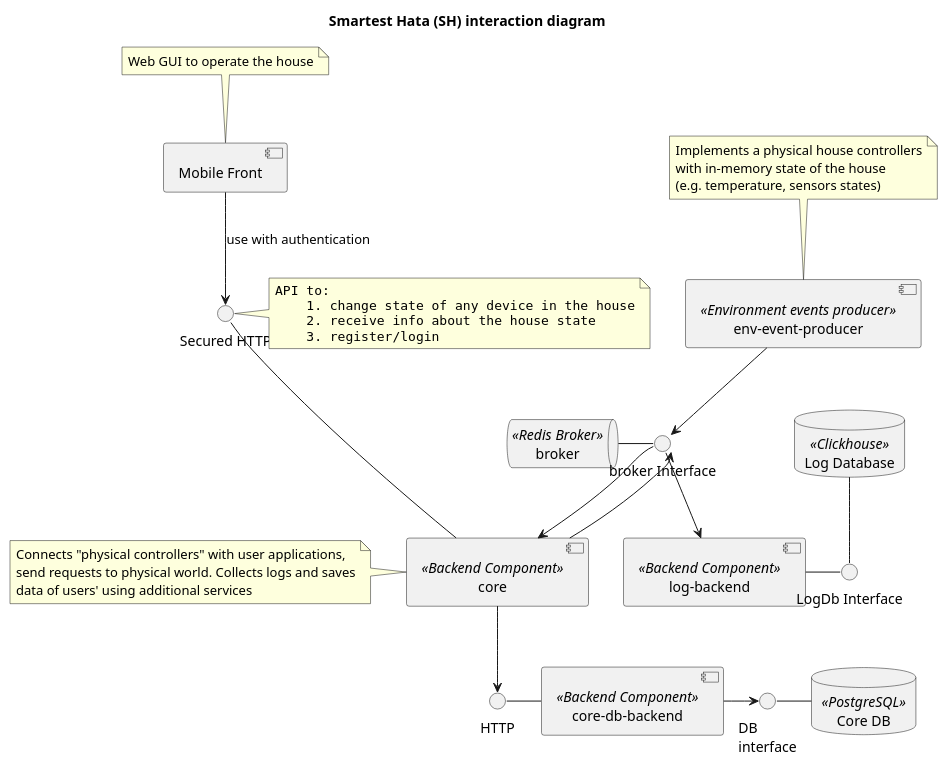
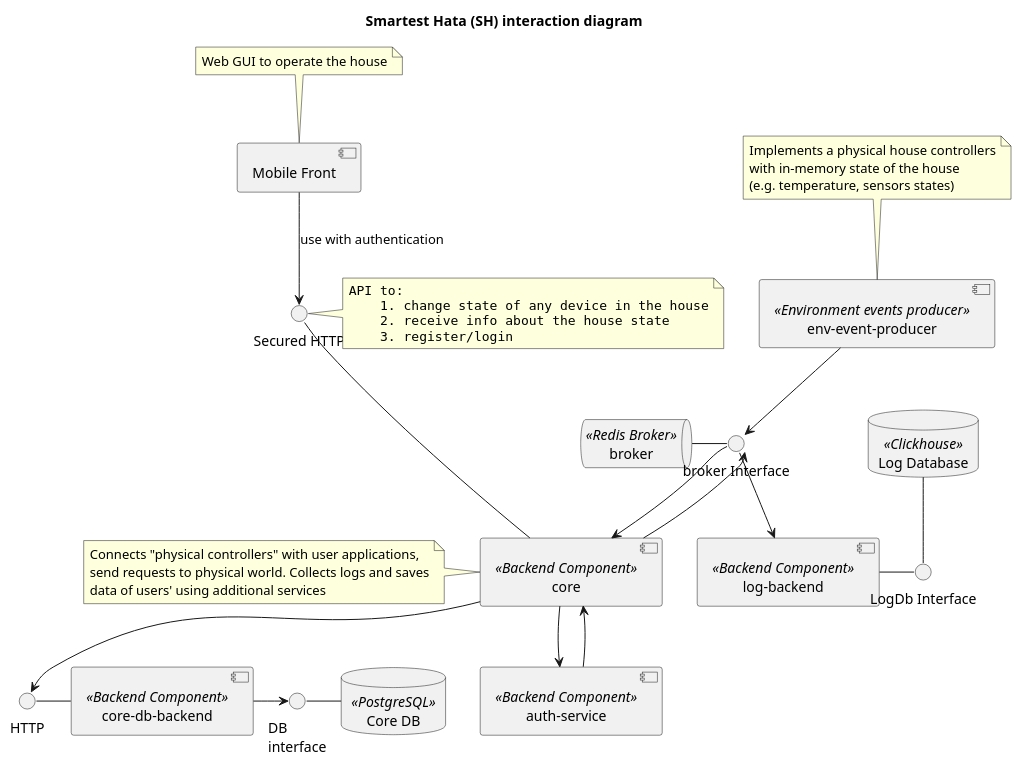
Before and after one commit to Busygind/smartest-dacha-macho-hata-house: the diagram in system-sequence-diagram.puml, drawn with PlantUML.

Commit message:
add auth service to diagram

```diff
--- a/system-sequence-diagram.puml
+++ b/system-sequence-diagram.puml
@@ -1,72 +1,78 @@
 @startuml
 title "Smartest Hata (SH) interaction diagram"
 
 
 component [core] as Core <<Backend Component>>
 note left
 Connects "physical controllers" with user applications,
 send requests to physical world. Collects logs and saves
 data of users' using additional services
 end note
 
 
 interface "Secured HTTP" as SecuredMobileBackendHttpInterface
 note left
 <code>
 API to:
     1. change state of any device in the house
     2. receive info about the house state
     3. register/login
 </code>
 end note
 
 SecuredMobileBackendHttpInterface --- Core
 
 database "Log Database" as LogDB <<Clickhouse>>
 interface "LogDb Interface" as LogDbInterface
 LogDB -- LogDbInterface
 
 component [log-backend] as LogBackend <<Backend Component>> {
 
 }
 LogBackend - LogDbInterface
 
+component [auth-service] as Auth <<Backend Component>> {
+
+}
+
 queue "broker" as SHBroker <<Redis Broker>>
 interface "broker Interface" as BrokerInterface
 
 SHBroker - BrokerInterface
 
 BrokerInterface <-- Core
 BrokerInterface --> LogBackend
 
 database "Core DB" as SHDB <<PostgreSQL>>
 interface "DB\ninterface" as SHDBInterface
 SHDBInterface - SHDB
 
 component [core-db-backend] as CoreDb <<Backend Component>> {
 
 }
+Core --> Auth
+Auth --> Core
 CoreDb -> SHDBInterface
 interface "HTTP" as DbBackendHttpInterface
 DbBackendHttpInterface - CoreDb
 Core --> DbBackendHttpInterface
 
 component [env-event-producer] as envEventProducer <<Environment events producer>>
 note top
 Implements a physical house controllers
 with in-memory state of the house
 (e.g. temperature, sensors states)
 end note
 
 
 envEventProducer --> BrokerInterface
 BrokerInterface -> Core
 
 component "Mobile Front" as mobileFront
 note top
 Web GUI to operate the house
 end note
 
 mobileFront --> SecuredMobileBackendHttpInterface : use with authentication
 
 @enduml
```
